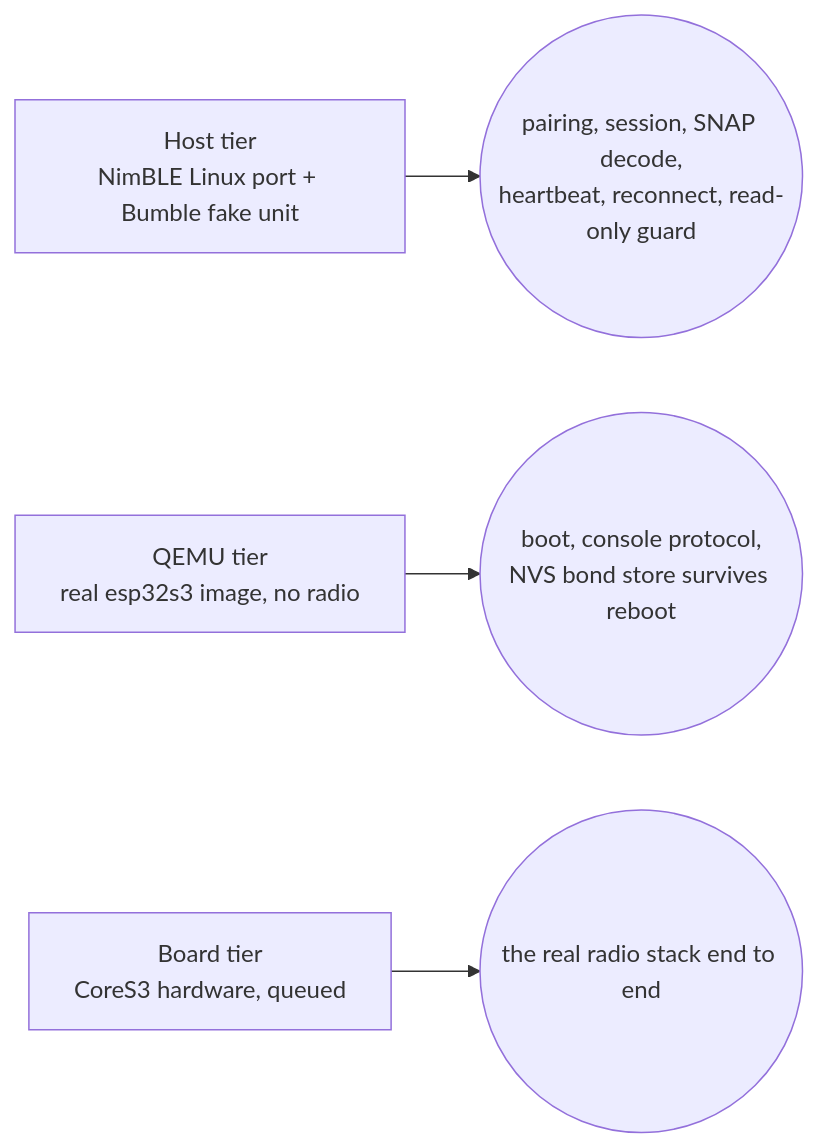
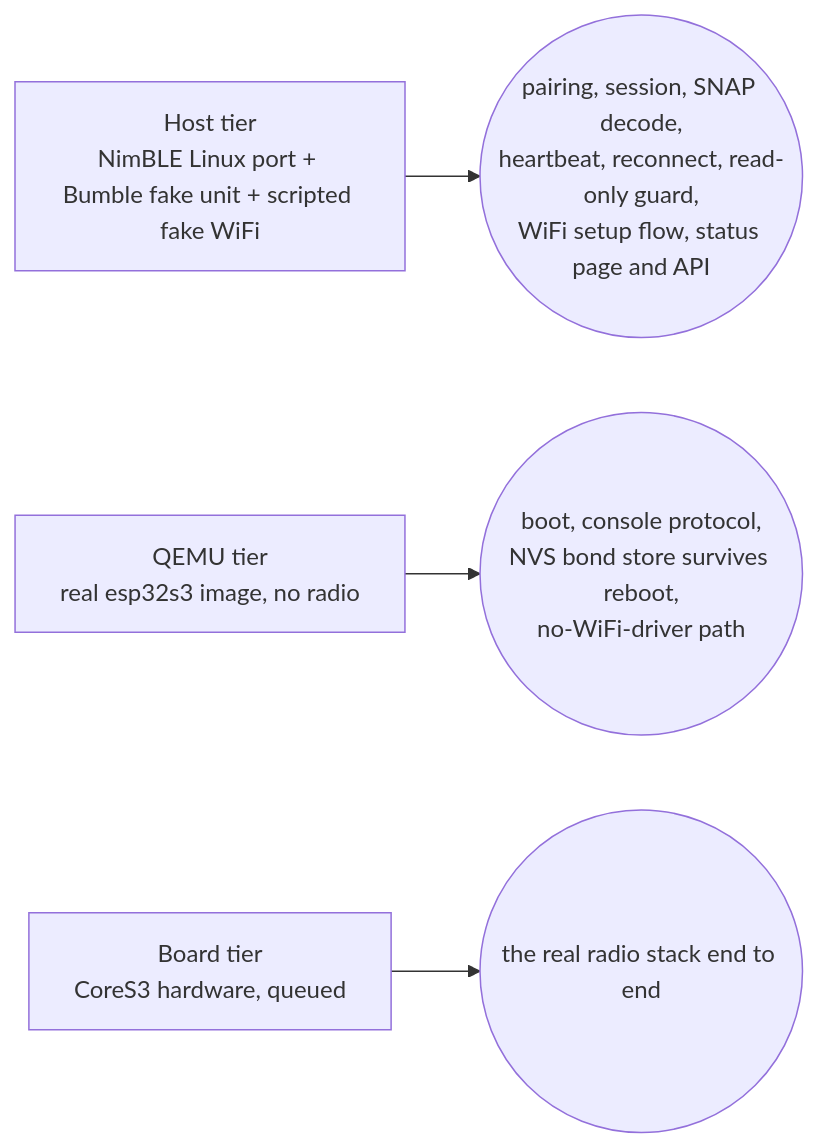
One commit to ckeller42/open-california changed the first of 2 diagrams in docs/firmware.md. Above: the diagram before and after it, drawn with Mermaid. The commit also changed other lines of this file and 11 other files, not shown here.

````diff
--- a/docs/firmware.md
+++ b/docs/firmware.md
@@ -19,6 +22,6 @@
 ```mermaid
 flowchart LR
-  H["Host tier<br/>NimBLE Linux port + Bumble fake unit"] --> HP(("pairing, session, SNAP decode,<br/>heartbeat, reconnect, read-only guard"))
-  Q["QEMU tier<br/>real esp32s3 image, no radio"] --> QP(("boot, console protocol,<br/>NVS bond store survives reboot"))
+  H["Host tier<br/>NimBLE Linux port + Bumble fake unit + scripted fake WiFi"] --> HP(("pairing, session, SNAP decode,<br/>heartbeat, reconnect, read-only guard,<br/>WiFi setup flow, status page and API"))
+  Q["QEMU tier<br/>real esp32s3 image, no radio"] --> QP(("boot, console protocol,<br/>NVS bond store survives reboot,<br/>no-WiFi-driver path"))
   B["Board tier<br/>CoreS3 hardware, queued"] --> BP(("the real radio stack end to end"))
 ```
````
